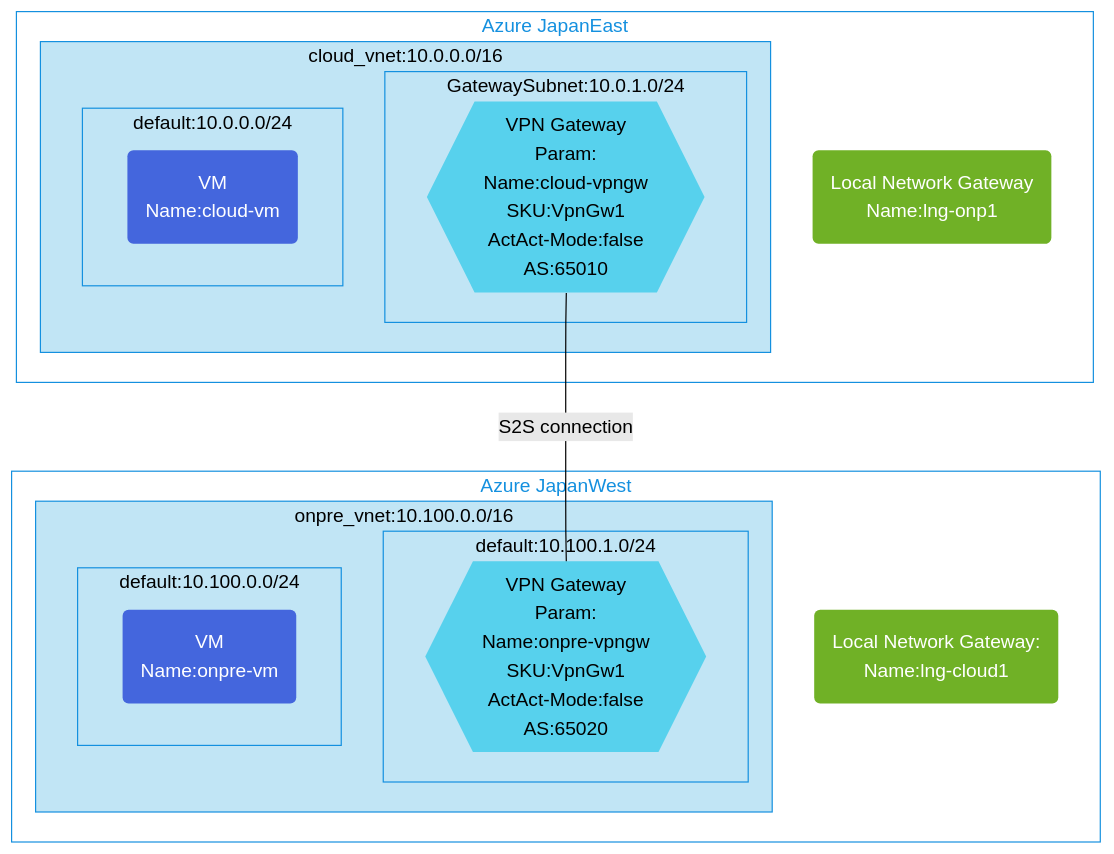
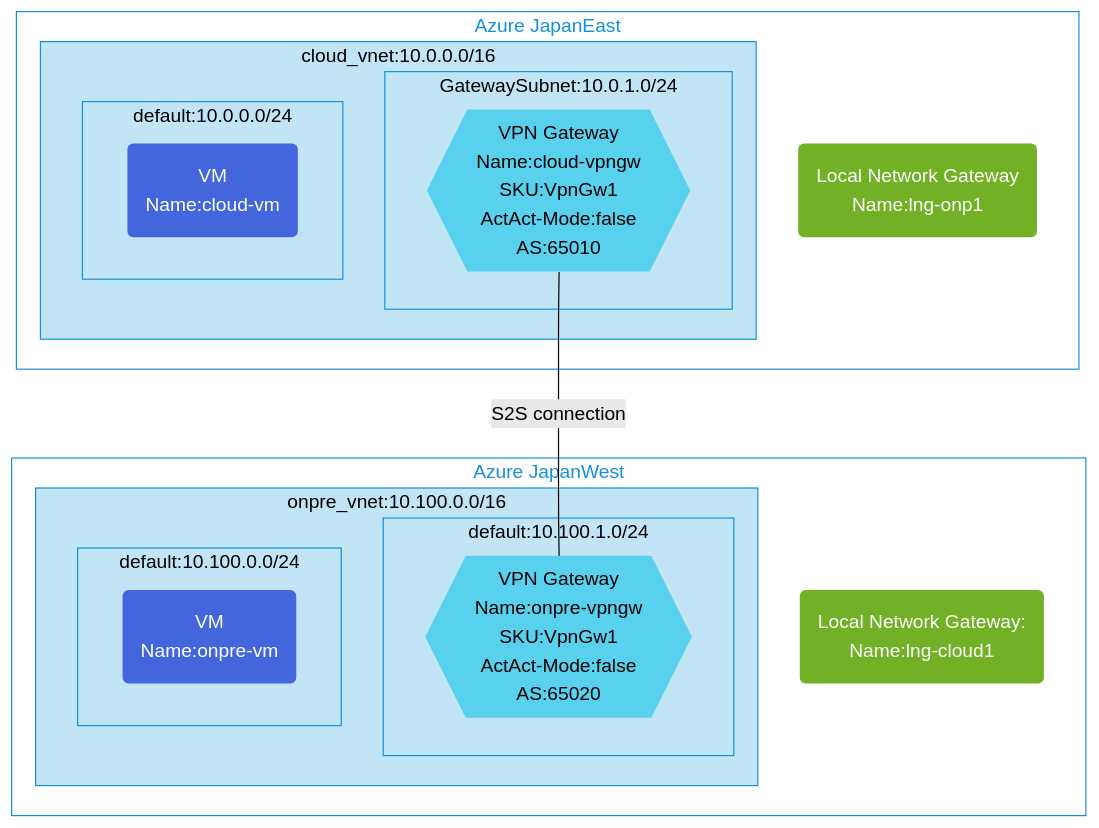
One commit to toizumi03/bicep-templates changed the diagram in s2s-single-vpn-bgp-using-lngw-connction/README.md. Above: the diagram before and after it, drawn with Mermaid (forest theme).

````diff
--- a/s2s-single-vpn-bgp-using-lngw-connction/README.md
+++ b/s2s-single-vpn-bgp-using-lngw-connction/README.md
@@ -3,50 +3,50 @@
 ```mermaid
 graph TB;
 %% Groups and Services
 subgraph GR2[Azure JapanWest]
   subgraph GV2[onpre_vnet:10.100.0.0/16]
      subgraph GVS4[default:10.100.1.0/24]
-      VPNGW2{{"VPN Gateway<br/>Param:<br/>Name:onpre-vpngw<br/>SKU:VpnGw1<br/>ActAct-Mode:false<br/>AS:65020"}}
+      VPNGW2{{"VPN Gateway<br/>Name:onpre-vpngw<br/>SKU:VpnGw1<br/>ActAct-Mode:false<br/>AS:65020"}}
     end
       subgraph GVS3[default:10.100.0.0/24]
         CP2("VM<br/>Name:onpre-vm")
     end
 end
     LNGW2("Local Network Gateway: <br/>Name:lng-cloud1")
 end
 subgraph GR1[Azure JapanEast]
   subgraph GV1[cloud_vnet:10.0.0.0/16]
       subgraph GVS2[GatewaySubnet:10.0.1.0/24]
-        VPNGW1{{"VPN Gateway<br/>Param:<br/>Name:cloud-vpngw<br/>SKU:VpnGw1<br/>ActAct-Mode:false<br/>AS:65010"}}
+        VPNGW1{{"VPN Gateway<br/>Name:cloud-vpngw<br/>SKU:VpnGw1<br/>ActAct-Mode:false<br/>AS:65010"}}
       end
       subgraph GVS1[default:10.0.0.0/24]
         CP1("VM<br/>Name:cloud-vm")
       end
 end
     LNGW1("Local Network Gateway<br/>Name:lng-onp1")
 end
 
 %% Relation for resources
 VPNGW1 --S2S connection--- VPNGW2
 
 %% Groups style
 classDef GSR fill:#fff,color:#1490df,stroke:#1490df
 class GR1,GR2 GSR
 
 classDef SGV1 fill:#c1e5f5,color:#000,stroke:#1490df
 class GV1,GVS1,GVS2,GVS3,GVS4 SGV1
 
 classDef SGV2 fill:#c1e5f5,color:#000,stroke:#1490df
 class GV2 SGV2
  
 %% Service Style
 classDef SCP fill:#4466dd,color:#fff,stroke:none
 class CP1,CP2 SCP
 
 classDef SVPNGW fill:#57d1ed,color:#000,stroke:none
 class VPNGW1,VPNGW2 SVPNGW
 
 classDef SLNGW fill:#70b126,color:#fff,stroke:none
 class LNGW1,LNGW2 SLNGW
 
 ```
````
